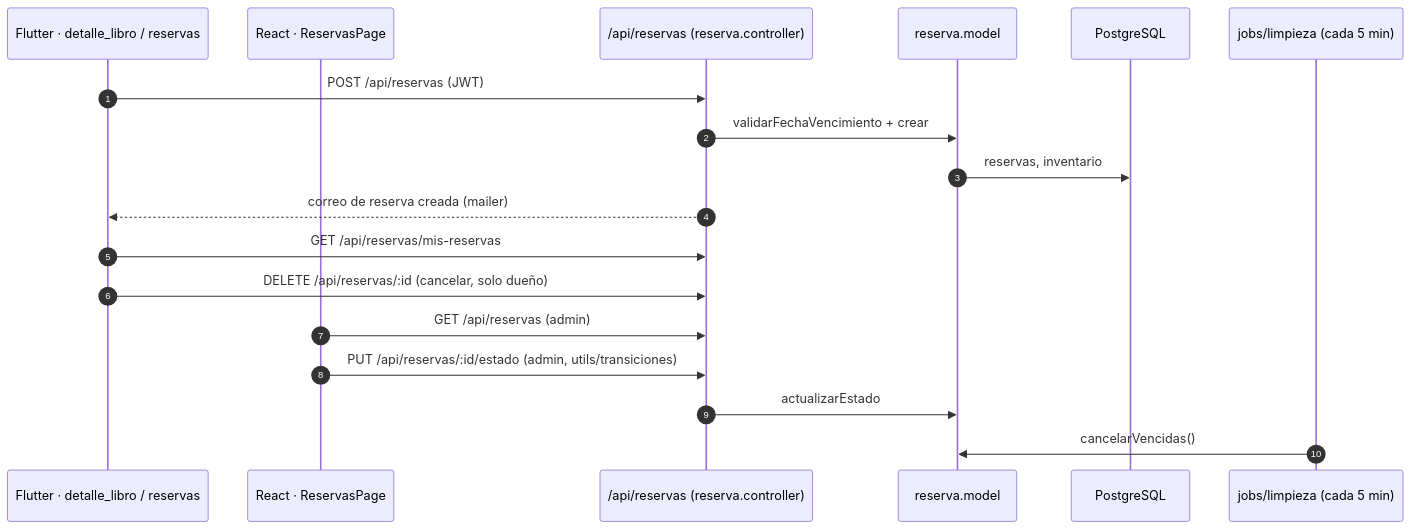
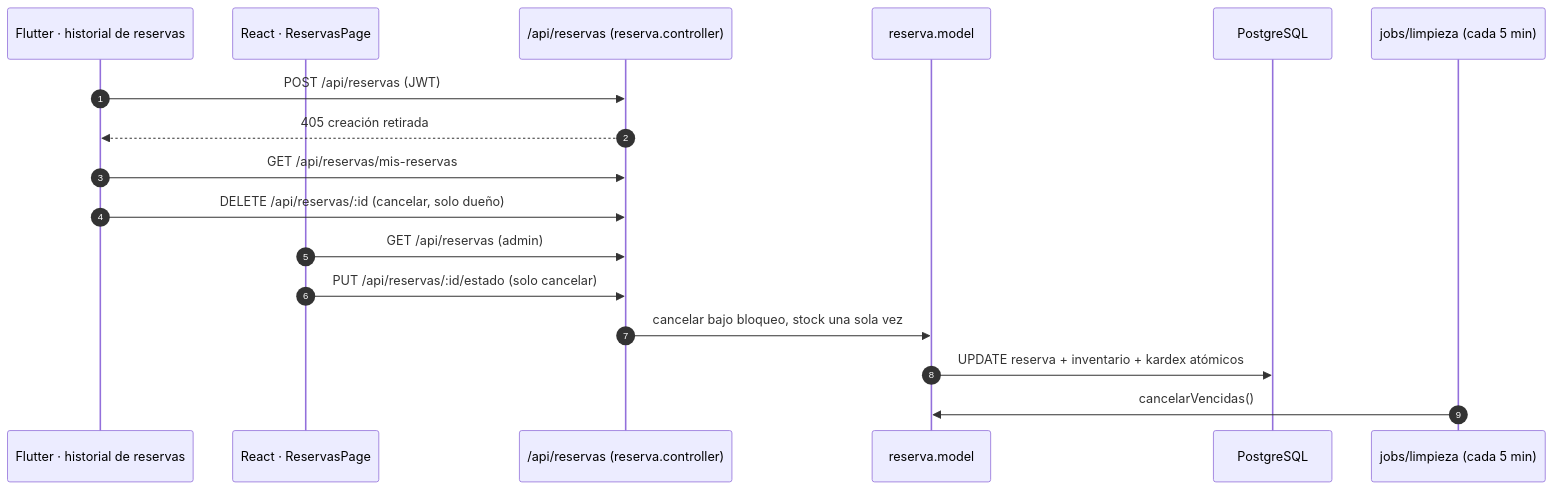
The diagram in docs/architecture/graphs/reservations-flow.mmd (jimenezvegaedinson7-dot/librer-a), drawn with Mermaid before and after one commit. The commit also changed 59 other files, not shown here.

```diff
--- a/docs/architecture/graphs/reservations-flow.mmd
+++ b/docs/architecture/graphs/reservations-flow.mmd
@@ -1,19 +1,18 @@
 %% Generado 2026-10-06 desde el código real (actualizar-mapa.mjs)
 sequenceDiagram
     autonumber
-    participant F as Flutter · detalle_libro / reservas
+    participant F as Flutter · historial de reservas
     participant R as React · ReservasPage
     participant API as /api/reservas (reserva.controller)
     participant RM as reserva.model
     participant DB as PostgreSQL
     participant J as jobs/limpieza (cada 5 min)
     F->>API: POST /api/reservas (JWT)
-    API->>RM: validarFechaVencimiento + crear
-    RM->>DB: reservas, inventario
-    API-->>F: correo de reserva creada (mailer)
+    API-->>F: 405 creación retirada
     F->>API: GET /api/reservas/mis-reservas
     F->>API: DELETE /api/reservas/:id (cancelar, solo dueño)
     R->>API: GET /api/reservas (admin)
-    R->>API: PUT /api/reservas/:id/estado (admin, utils/transiciones)
-    API->>RM: actualizarEstado
+    R->>API: PUT /api/reservas/:id/estado (solo cancelar)
+    API->>RM: cancelar bajo bloqueo, stock una sola vez
+    RM->>DB: UPDATE reserva + inventario + kardex atómicos
     J->>RM: cancelarVencidas()
```
